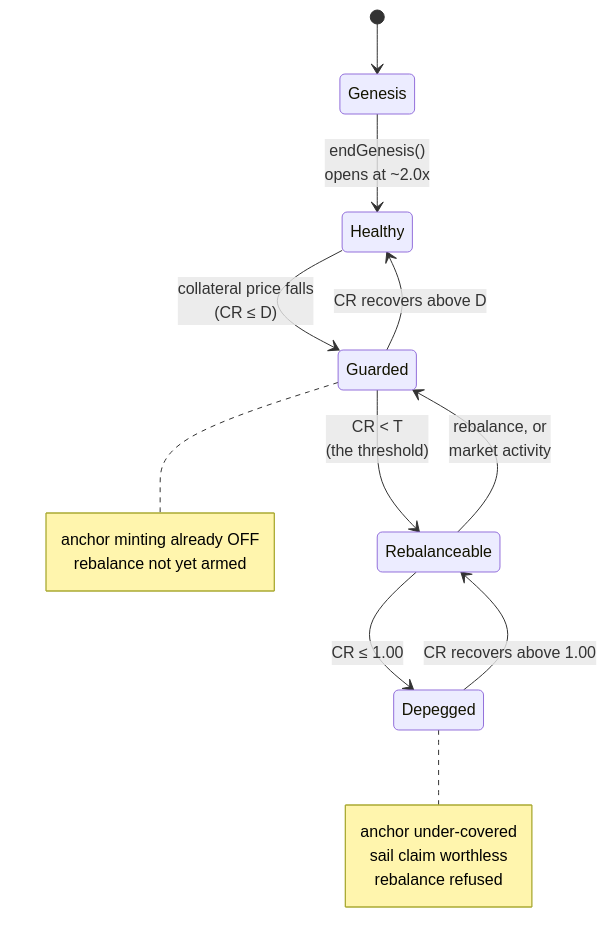
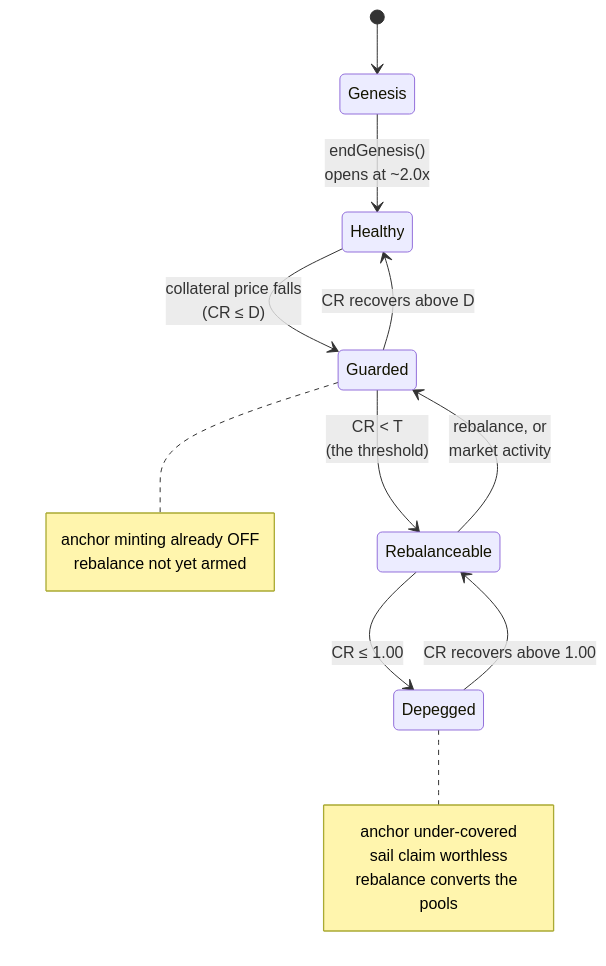
Before and after one commit to baofinance/harbor: diagram 16 of 16 in doc/functional-spec.md, drawn with Mermaid. The commit also changed other lines of this file and 38 other files, not shown here.

First line of the commit message:
docs and graphs brought to the rebalance at or below the peg

````diff
--- a/doc/functional-spec.md
+++ b/doc/functional-spec.md
@@ -2654,22 +2700,22 @@
 ```mermaid
 stateDiagram-v2
     [*] --> Genesis
     Genesis --> Healthy: endGenesis()<br/>opens at ~2.0x
 
     Healthy --> Guarded: collateral price falls<br/>(CR ≤ D)
     Guarded --> Healthy: CR recovers above D
     Guarded --> Rebalanceable: CR < T<br/>(the threshold)
     Rebalanceable --> Guarded: rebalance, or<br/>market activity
     Rebalanceable --> Depegged: CR ≤ 1.00
     Depegged --> Rebalanceable: CR recovers above 1.00
 
     note right of Guarded
         anchor minting already OFF
         rebalance not yet armed
     end note
     note right of Depegged
         anchor under-covered
         sail claim worthless
-        rebalance refused
+        rebalance converts the pools
     end note
 ```
````
